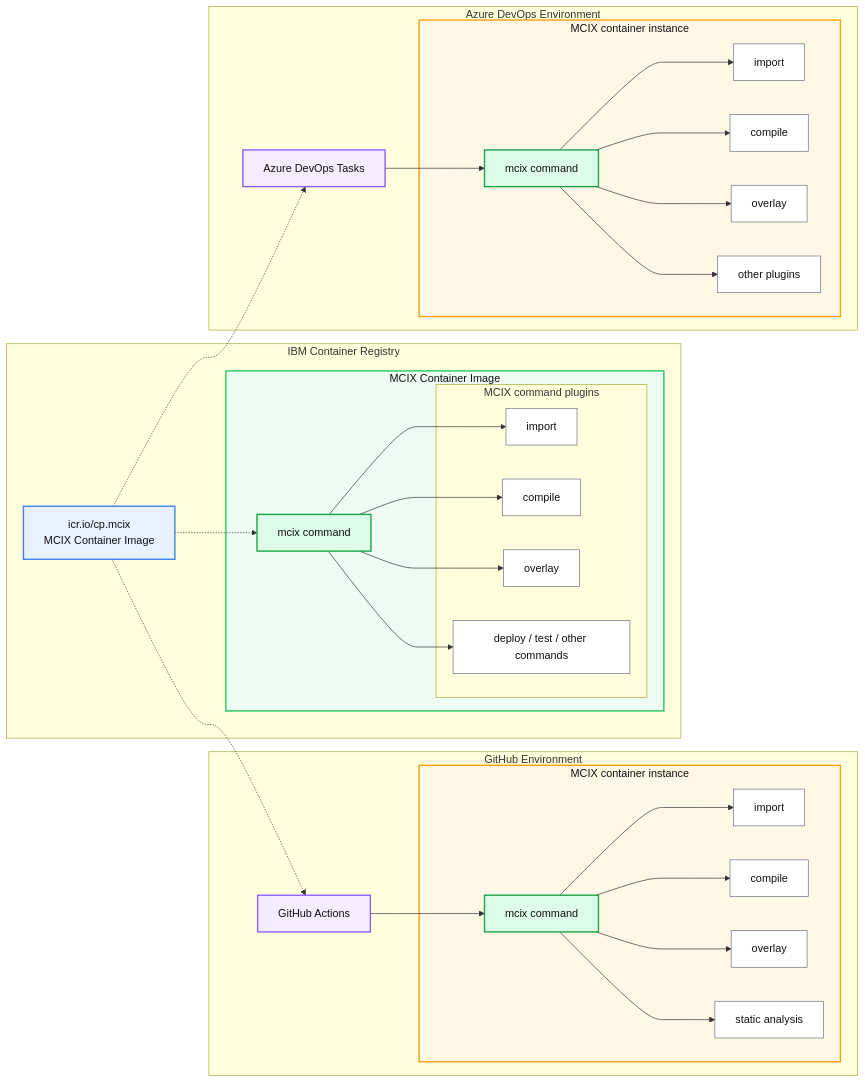
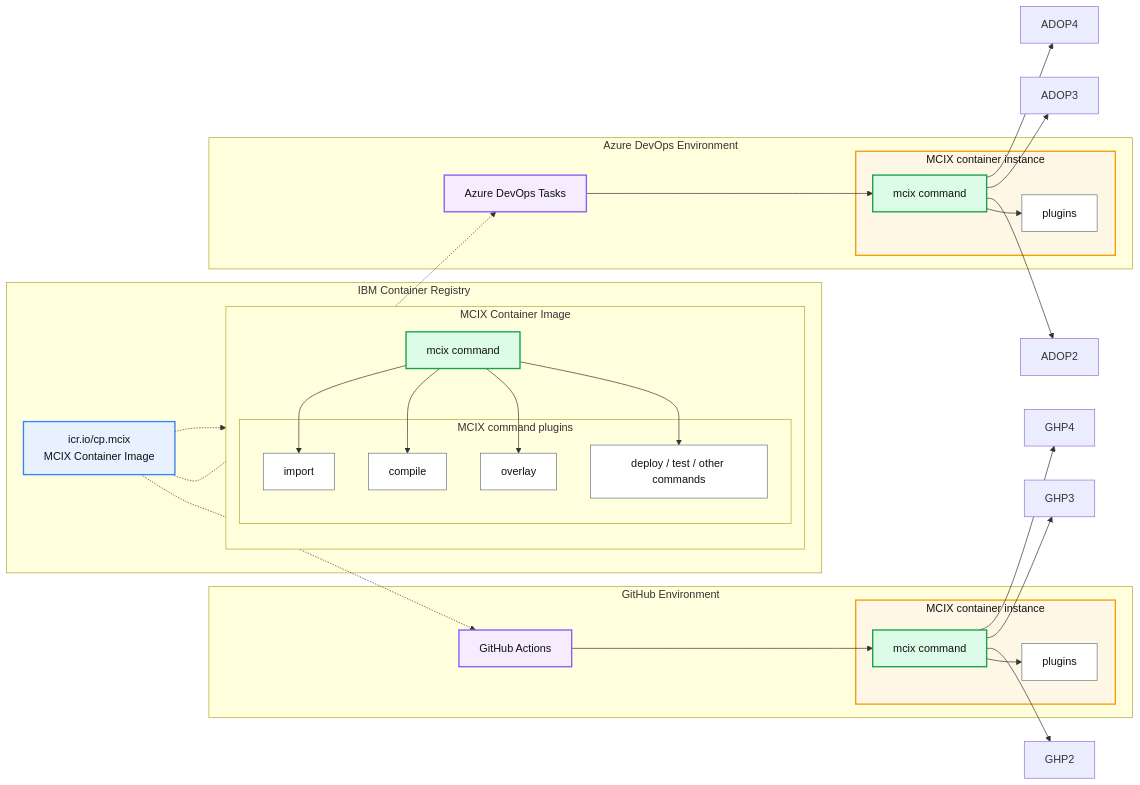
The diagram in ARCHITECTURE.md (MettleCI/mcix), drawn with Mermaid before and after one commit.

Commit message:
Refactor architecture diagram for clarity
Updated the architecture diagram to replace 'import', 'compile', 'overlay', and 'static analysis' with 'plugins' for both GitHub Actions and Azure DevOps Tasks.

```diff
--- a/ARCHITECTURE.md
+++ b/ARCHITECTURE.md
@@ -19,11 +19,7 @@
 
       subgraph GHCONT["MCIX container instance"]
           GHMCIX["mcix command"]
-          GHP1["import"]
-          GHP2["compile"]
-          GHP3["overlay"]
-          GHP4["static analysis"]
-          GHP4["static analysis"]
+          GHP1["plugins"]
       end
   end
   class GHA tooling
@@ -55,7 +51,7 @@
   end
   class ICR registry
 
-  ICR -.-> MCIX
+  ICR -.-> IMG
   MCIX --> P1
   MCIX --> P2
   MCIX --> P3
@@ -69,10 +65,7 @@
 
       subgraph ADOCONT["MCIX container instance"]
           ADOMCIX["mcix command"]
-          ADOP1["import"]
-          ADOP2["compile"]
-          ADOP3["overlay"]
-          ADOP4["other plugins"]
+          ADOP1["plugins"]
       end
   end
   class ADOT tooling
```
